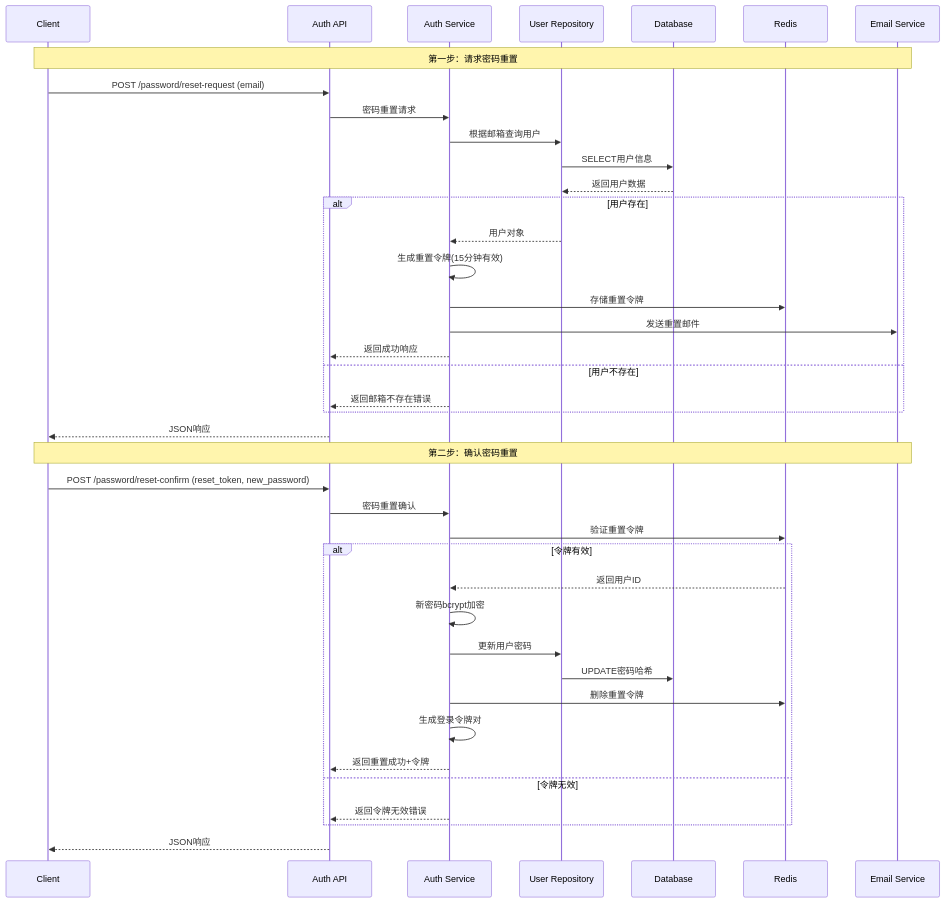
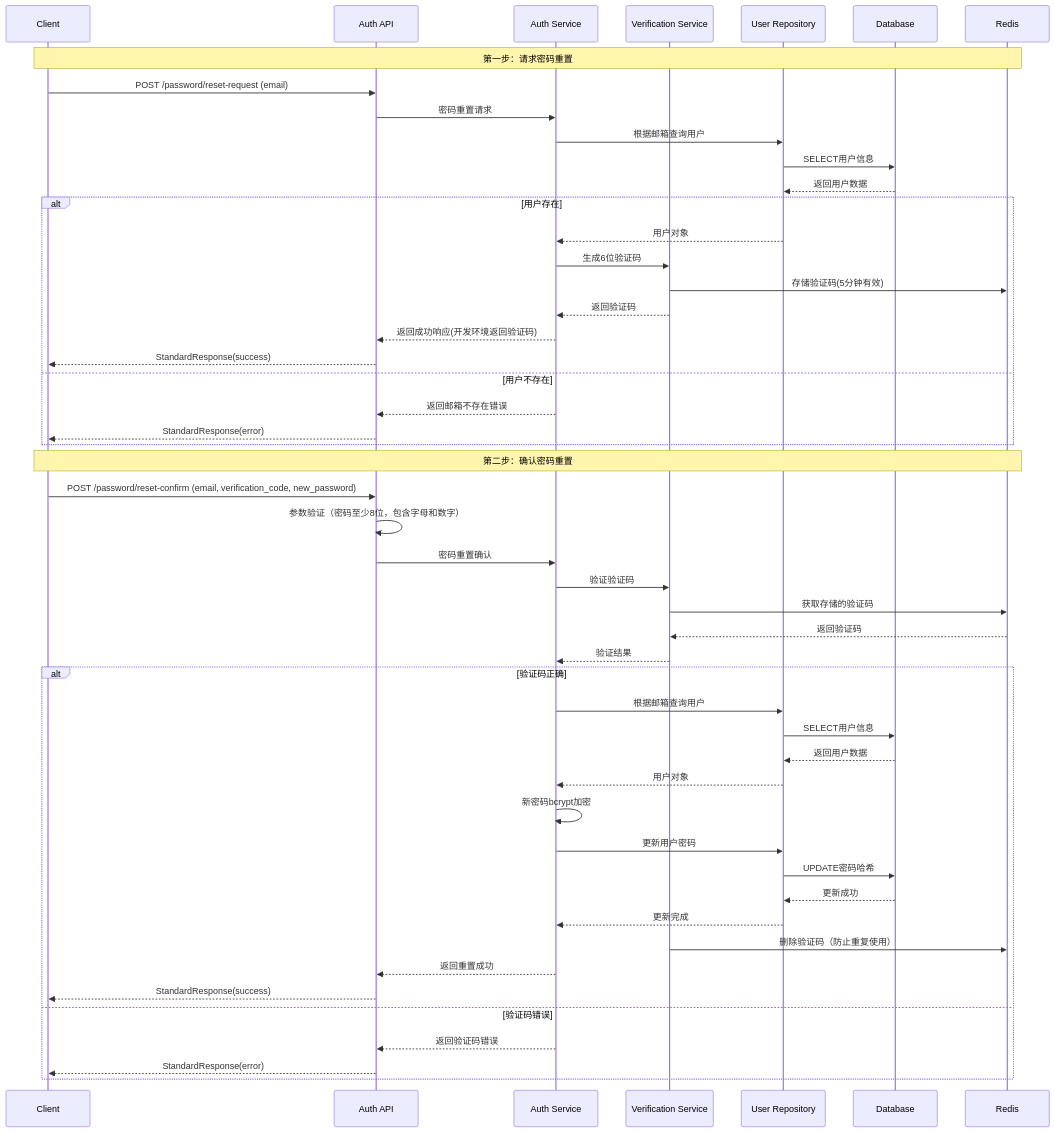
Before and after one commit to HaoranTong/ecommerce_platform: the fourth of 5 diagrams in docs/design/modules/user-auth/design.md, drawn with Mermaid. The commit also changed other lines of this file and 13 other files, not shown here.

````diff
--- a/docs/design/modules/user-auth/design.md
+++ b/docs/design/modules/user-auth/design.md
@@ -320,44 +620,54 @@
 ```mermaid
 sequenceDiagram
     participant C as Client
     participant A as Auth API
     participant S as Auth Service  
+    participant V as Verification Service
     participant R as User Repository
     participant D as Database
     participant Cache as Redis
-    participant E as Email Service
     
-    Note over C,E: 第一步：请求密码重置
+    Note over C,Cache: 第一步：请求密码重置
     C->>A: POST /password/reset-request (email)
     A->>S: 密码重置请求
     S->>R: 根据邮箱查询用户
     R->>D: SELECT用户信息
     D-->>R: 返回用户数据
     alt 用户存在
         R-->>S: 用户对象
-        S->>S: 生成重置令牌(15分钟有效)
-        S->>Cache: 存储重置令牌
-        S->>E: 发送重置邮件
-        S-->>A: 返回成功响应
+        S->>V: 生成6位验证码
+        V->>Cache: 存储验证码(5分钟有效)
+        V-->>S: 返回验证码
+        S-->>A: 返回成功响应(开发环境返回验证码)
+        A-->>C: StandardResponse(success)
     else 用户不存在
         S-->>A: 返回邮箱不存在错误
+        A-->>C: StandardResponse(error)
     end
-    A-->>C: JSON响应
     
-    Note over C,E: 第二步：确认密码重置
-    C->>A: POST /password/reset-confirm (reset_token, new_password)
+    Note over C,Cache: 第二步：确认密码重置
+    C->>A: POST /password/reset-confirm (email, verification_code, new_password)
+    A->>A: 参数验证（密码至少8位，包含字母和数字）
     A->>S: 密码重置确认
-    S->>Cache: 验证重置令牌
-    alt 令牌有效
-        Cache-->>S: 返回用户ID
+    S->>V: 验证验证码
+    V->>Cache: 获取存储的验证码
+    Cache-->>V: 返回验证码
+    V-->>S: 验证结果
+    alt 验证码正确
+        S->>R: 根据邮箱查询用户
+        R->>D: SELECT用户信息
+        D-->>R: 返回用户数据
+        R-->>S: 用户对象
         S->>S: 新密码bcrypt加密
         S->>R: 更新用户密码
         R->>D: UPDATE密码哈希
-        S->>Cache: 删除重置令牌
-        S->>S: 生成登录令牌对
-        S-->>A: 返回重置成功+令牌
-    else 令牌无效
-        S-->>A: 返回令牌无效错误
+        D-->>R: 更新成功
+        R-->>S: 更新完成
+        V->>Cache: 删除验证码（防止重复使用）
+        S-->>A: 返回重置成功
+        A-->>C: StandardResponse(success)
+    else 验证码错误
+        S-->>A: 返回验证码错误
+        A-->>C: StandardResponse(error)
     end
-    A-->>C: JSON响应
 ```
````
